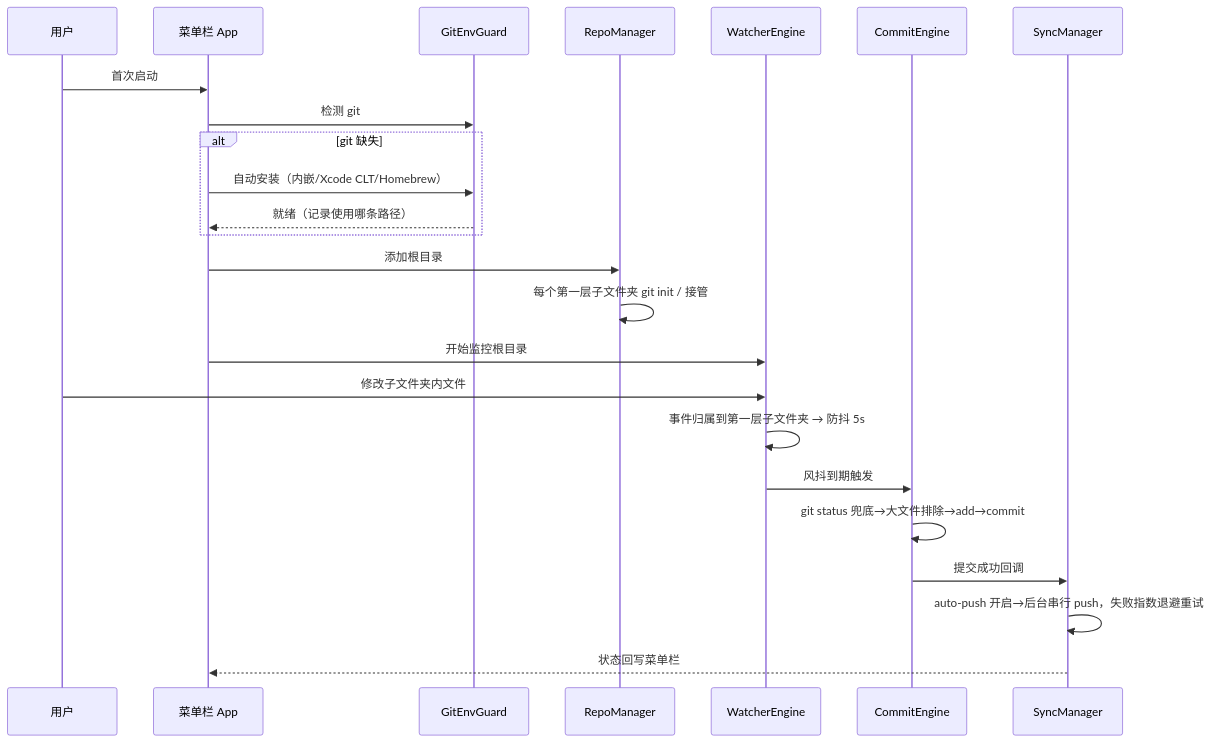
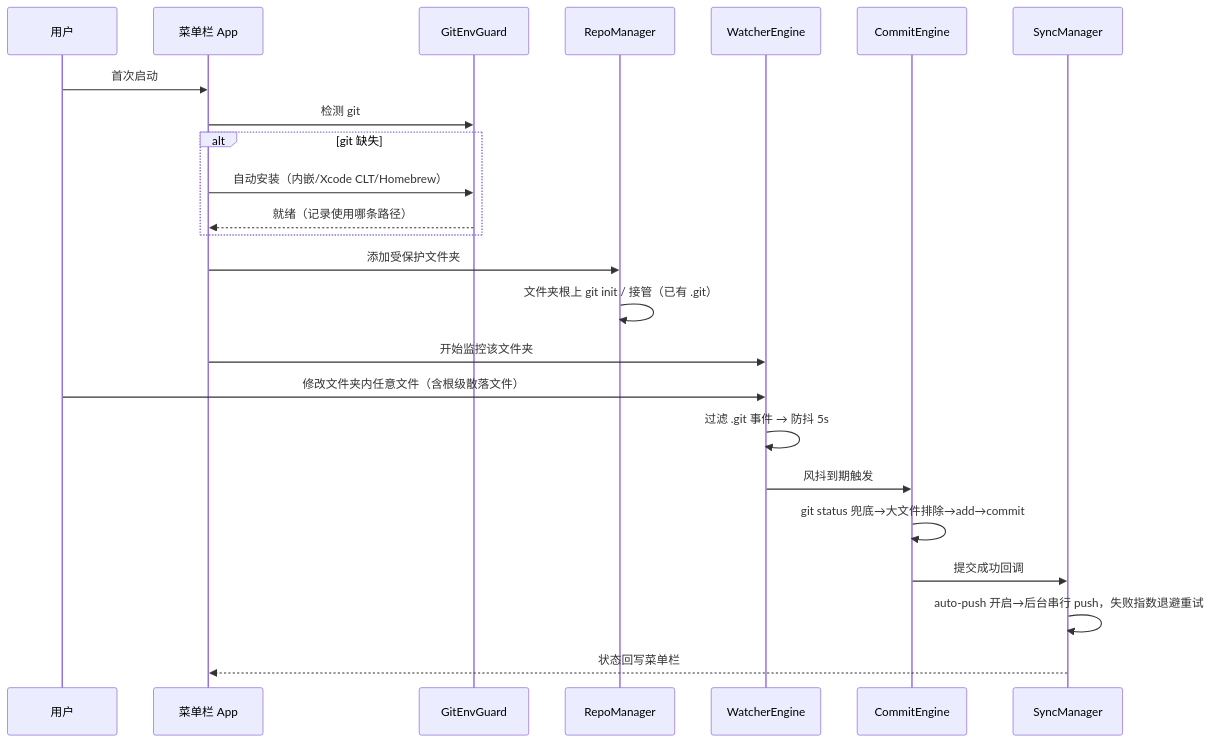
Before and after one commit to wjw1-Evan/FileVault: the diagram in docs/02-技术架构方案.md, drawn with Mermaid. The commit also changed other lines of this file and 35 other files, not shown here.

````diff
--- a/docs/02-技术架构方案.md
+++ b/docs/02-技术架构方案.md
@@ -63,27 +63,27 @@
 ```mermaid
 sequenceDiagram
     participant U as 用户
     participant App as 菜单栏 App
     participant G as GitEnvGuard
     participant R as RepoManager
     participant W as WatcherEngine
     participant C as CommitEngine
     participant S as SyncManager
 
     U->>App: 首次启动
     App->>G: 检测 git
     alt git 缺失
         App->>G: 自动安装（内嵌/Xcode CLT/Homebrew）
         G-->>App: 就绪（记录使用哪条路径）
     end
-    App->>R: 添加根目录
-    R->>R: 每个第一层子文件夹 git init / 接管
-    App->>W: 开始监控根目录
-    U->>W: 修改子文件夹内文件
-    W->>W: 事件归属到第一层子文件夹 → 防抖 5s
+    App->>R: 添加受保护文件夹
+    R->>R: 文件夹根上 git init / 接管（已有 .git）
+    App->>W: 开始监控该文件夹
+    U->>W: 修改文件夹内任意文件（含根级散落文件）
+    W->>W: 过滤 .git 事件 → 防抖 5s
     W->>C: 风抖到期触发
     C->>C: git status 兜底→大文件排除→add→commit
     C->>S: 提交成功回调
     S->>S: auto-push 开启→后台串行 push，失败指数退避重试
     S-->>App: 状态回写菜单栏
 ```
````
